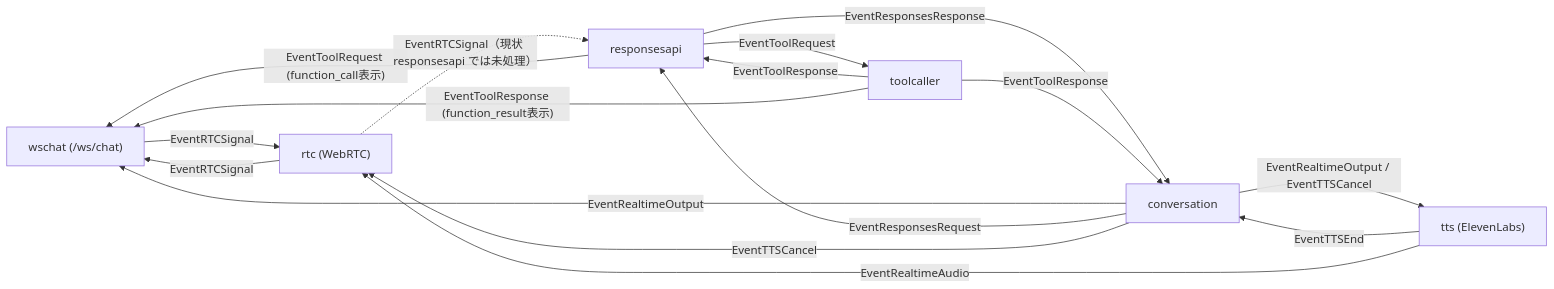
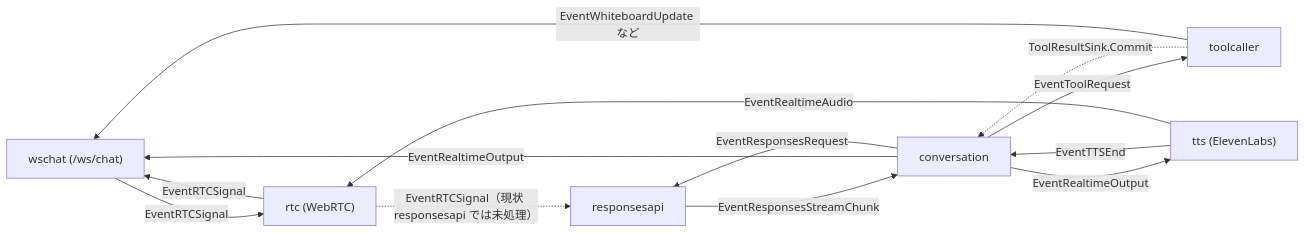
Before and after one commit to tetetratra/smart-speaker: the diagram in README.md, drawn with Mermaid. The commit also changed other lines of this file and 9 other files, not shown here.

````diff
--- a/README.md
+++ b/README.md
@@ -140,30 +140,26 @@
 ```mermaid
 flowchart LR
   wschat["wschat (/ws/chat)"]
   conversation["conversation"]
   responses["responsesapi"]
   toolcaller["toolcaller"]
   tts["tts (ElevenLabs)"]
   rtc["rtc (WebRTC)"]
 
   conversation -- "EventRealtimeOutput" --> wschat
 
   conversation -- "EventResponsesRequest" --> responses
-  responses -- "EventResponsesResponse" --> conversation
+  responses -- "EventResponsesStreamChunk" --> conversation
 
-  responses -- "EventToolRequest" --> toolcaller
-  responses -- "EventToolRequest (function_call表示)" --> wschat
-  toolcaller -- "EventToolResponse" --> responses
+  conversation -- "EventToolRequest" --> toolcaller
+  toolcaller -. "ToolResultSink.Commit" .-> conversation
+  toolcaller -- "EventWhiteboardUpdate など" --> wschat
 
-  toolcaller -- "EventToolResponse" --> conversation
-  toolcaller -- "EventToolResponse (function_result表示)" --> wschat
-
-  conversation -- "EventRealtimeOutput / EventTTSCancel" --> tts
+  conversation -- "EventRealtimeOutput" --> tts
   tts -- "EventTTSEnd" --> conversation
   tts -- "EventRealtimeAudio" --> rtc
-  conversation -- "EventTTSCancel" --> rtc
 
   wschat -- "EventRTCSignal" --> rtc
   rtc -- "EventRTCSignal" --> wschat
   rtc -. "EventRTCSignal（現状 responsesapi では未処理）" .-> responses
 ```
````
